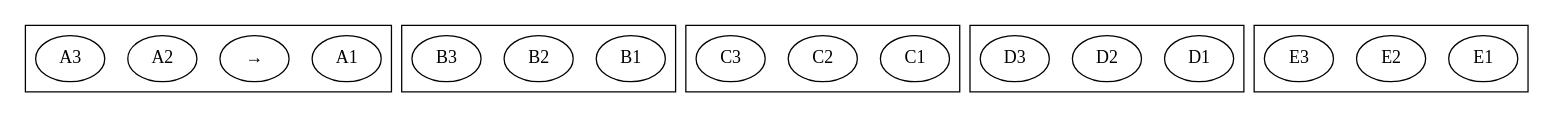
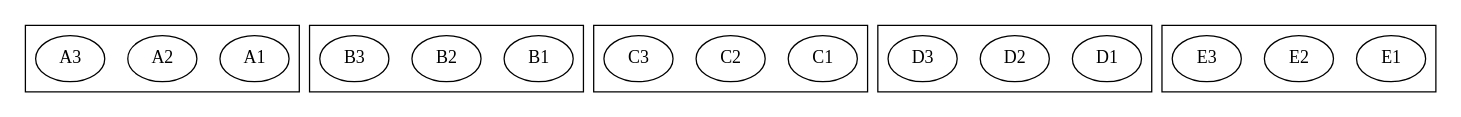
The sixth of 6 diagrams in other/graphviz.md (sisyphus1212/note), drawn with Graphviz before and after one commit. The commit also changed other lines of this file, not shown here.

````diff
--- a/other/graphviz.md
+++ b/other/graphviz.md
@@ -76,10 +76,9 @@
 ```graphviz
 digraph {
-subgraph cluster_0 { A1 → A2 → A3 }
-subgraph cluster_1 { B1 → B2 → B3 }
-subgraph cluster_2 { C1 → C2 → C3 }
-subgraph cluster_3 { D1 → D2 → D3 }
-subgraph cluster_4 { E1 → E2 → E3 }
-{ A1 B1 } → C1 → { D1 E1 }
+subgraph cluster_0 { A1; A2; A3 }
+subgraph cluster_1 { B1; B2; B3 }
+subgraph cluster_2 { C1; C2; C3 }
+subgraph cluster_3 { D1; D2; D3 }
+subgraph cluster_4 { E1; E2; E3 }
 }
 ```
````
